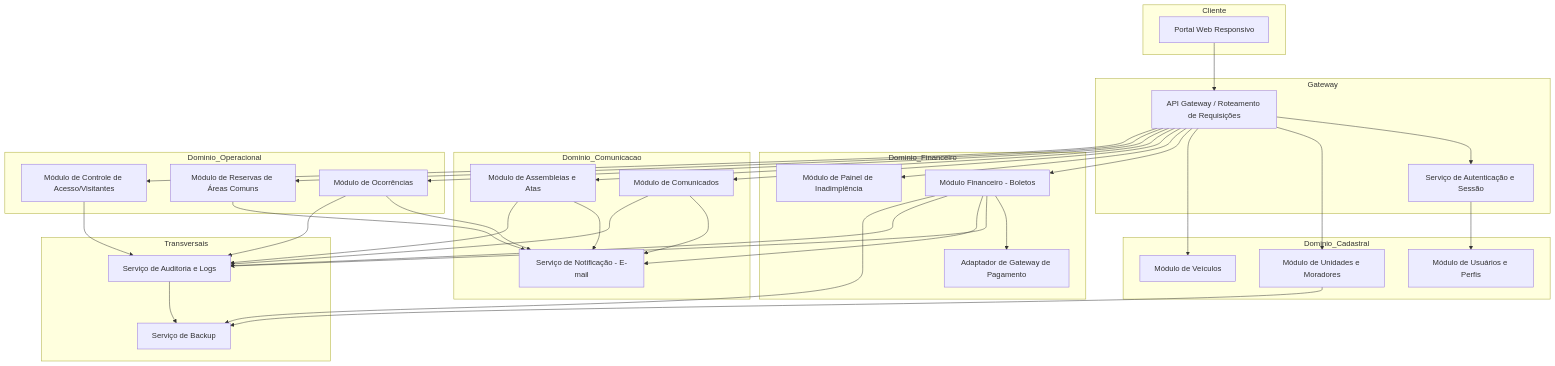
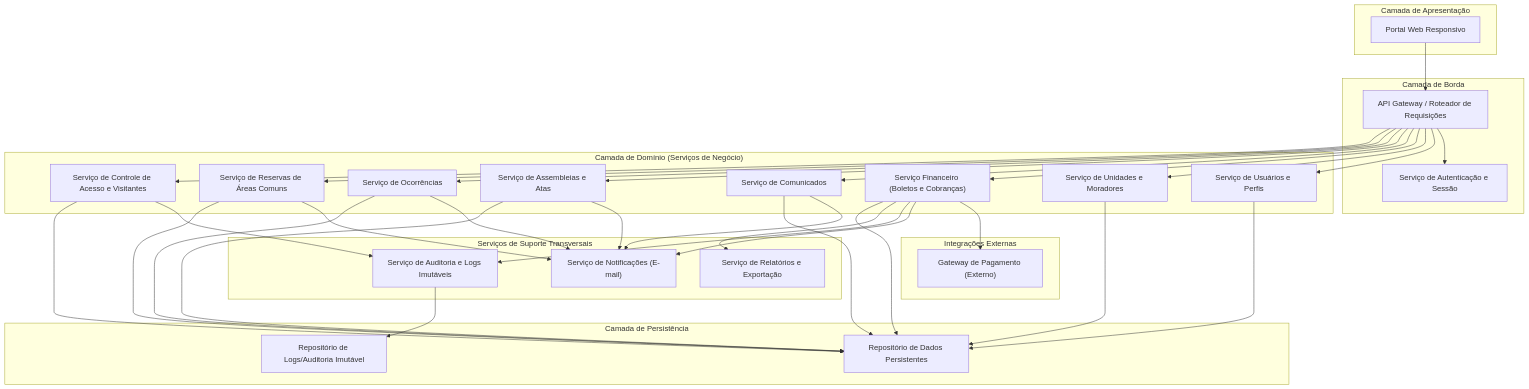
Before and after one commit to PDC-ESIA/AI4ES: the first of 3 diagrams in docs/Time_2_Design/analise-qualitativa/outputs/relatorio_claude_sonnet_5_M04.md, drawn with Mermaid. The commit also changed other lines of this file and 93 other files, not shown here.

````diff
--- a/docs/Time_2_Design/analise-qualitativa/outputs/relatorio_claude_sonnet_5_M04.md
+++ b/docs/Time_2_Design/analise-qualitativa/outputs/relatorio_claude_sonnet_5_M04.md
@@ -33,70 +33,68 @@
 ```mermaid
 flowchart TB
-    subgraph Cliente
-        WEB[Portal Web Responsivo]
+    subgraph Cliente["Camada de Apresentação"]
+        PortalWeb["Portal Web Responsivo"]
     end
 
-    subgraph Gateway
-        API[API Gateway / Roteamento de Requisições]
-        AUTH[Serviço de Autenticação e Sessão]
+    subgraph Gateway["Camada de Borda"]
+        APIGateway["API Gateway / Roteador de Requisições"]
+        AuthService["Serviço de Autenticação e Sessão"]
     end
 
-    subgraph Dominio_Cadastral
-        USR[Módulo de Usuários e Perfis]
-        UNI[Módulo de Unidades e Moradores]
-        VEI[Módulo de Veículos]
+    subgraph Dominio["Camada de Domínio (Serviços de Negócio)"]
+        UsuarioSvc["Serviço de Usuários e Perfis"]
+        UnidadeSvc["Serviço de Unidades e Moradores"]
+        FinanceiroSvc["Serviço Financeiro (Boletos e Cobranças)"]
+        ComunicadoSvc["Serviço de Comunicados"]
+        AssembleiaSvc["Serviço de Assembleias e Atas"]
+        OcorrenciaSvc["Serviço de Ocorrências"]
+        ReservaSvc["Serviço de Reservas de Áreas Comuns"]
+        AcessoSvc["Serviço de Controle de Acesso e Visitantes"]
     end
 
-    subgraph Dominio_Financeiro
-        FIN[Módulo Financeiro - Boletos]
-        PAG[Adaptador de Gateway de Pagamento]
-        INAD[Módulo de Painel de Inadimplência]
+    subgraph Suporte["Serviços de Suporte Transversais"]
+        NotificacaoSvc["Serviço de Notificações (E-mail)"]
+        AuditoriaSvc["Serviço de Auditoria e Logs Imutáveis"]
+        RelatorioSvc["Serviço de Relatórios e Exportação"]
     end
 
-    subgraph Dominio_Comunicacao
-        COM[Módulo de Comunicados]
-        ASS[Módulo de Assembleias e Atas]
-        NOT[Serviço de Notificação - E-mail]
+    subgraph Externo["Integrações Externas"]
+        GatewayPagamento["Gateway de Pagamento (Externo)"]
     end
 
-    subgraph Dominio_Operacional
-        OCO[Módulo de Ocorrências]
-        RES[Módulo de Reservas de Áreas Comuns]
-        ACS[Módulo de Controle de Acesso/Visitantes]
+    subgraph Persistencia["Camada de Persistência"]
+        RepositorioDados["Repositório de Dados Persistentes"]
+        RepositorioLogs["Repositório de Logs/Auditoria Imutável"]
     end
 
-    subgraph Transversais
-        LOG[Serviço de Auditoria e Logs]
-        BKP[Serviço de Backup]
-    end
+    PortalWeb --> APIGateway
+    APIGateway --> AuthService
+    APIGateway --> UsuarioSvc
+    APIGateway --> UnidadeSvc
+    APIGateway --> FinanceiroSvc
+    APIGateway --> ComunicadoSvc
+    APIGateway --> AssembleiaSvc
+    APIGateway --> OcorrenciaSvc
+    APIGateway --> ReservaSvc
+    APIGateway --> AcessoSvc
 
-    WEB --> API
-    API --> AUTH
-    AUTH --> USR
-    API --> UNI
-    API --> VEI
-    API --> FIN
-    API --> INAD
-    API --> COM
-    API --> ASS
-    API --> OCO
-    API --> RES
-    API --> ACS
+    FinanceiroSvc --> GatewayPagamento
+    FinanceiroSvc --> NotificacaoSvc
+    FinanceiroSvc --> AuditoriaSvc
+    ComunicadoSvc --> NotificacaoSvc
+    AssembleiaSvc --> NotificacaoSvc
+    OcorrenciaSvc --> NotificacaoSvc
+    ReservaSvc --> NotificacaoSvc
+    AcessoSvc --> AuditoriaSvc
+    FinanceiroSvc --> RelatorioSvc
 
-    FIN --> PAG
-    FIN --> LOG
-    FIN --> NOT
-    COM --> NOT
-    ASS --> NOT
-    OCO --> NOT
-    RES --> NOT
-    ACS --> LOG
-    FIN --> LOG
-    OCO --> LOG
-    ASS --> LOG
-    COM --> LOG
-
-    LOG --> BKP
-    UNI --> BKP
-    FIN --> BKP
+    UsuarioSvc --> RepositorioDados
+    UnidadeSvc --> RepositorioDados
+    FinanceiroSvc --> RepositorioDados
+    ComunicadoSvc --> RepositorioDados
+    AssembleiaSvc --> RepositorioDados
+    OcorrenciaSvc --> RepositorioDados
+    ReservaSvc --> RepositorioDados
+    AcessoSvc --> RepositorioDados
+    AuditoriaSvc --> RepositorioLogs
 ```
````
